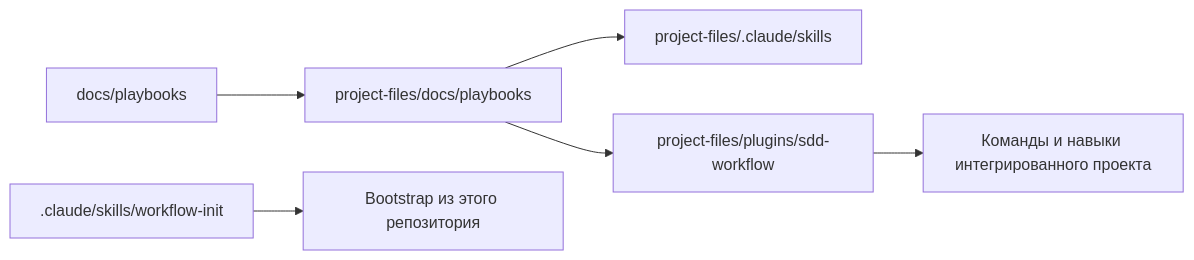
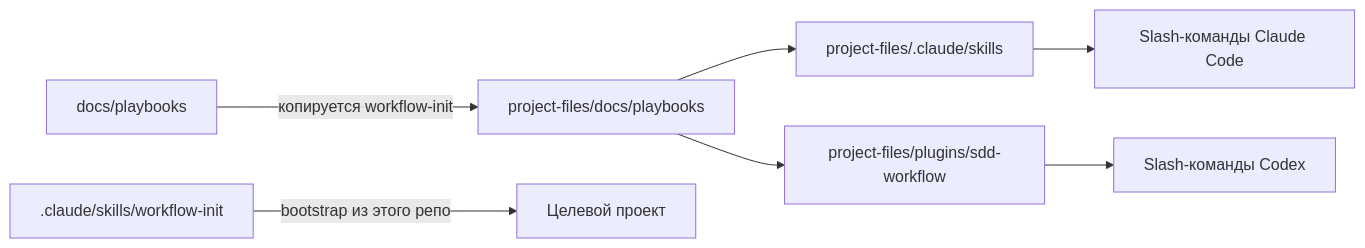
Before and after one commit to avatarsik6699/sdd-workflow: the diagram in docs/architecture.ru.md, drawn with Mermaid. The commit also changed other lines of this file and 9 other files, not shown here.

First line of the commit message:
docs: update README, architecture, quickstart, and skills catalog for impl-brief/impl-assist/project-sync (#20)

````diff
--- a/docs/architecture.ru.md
+++ b/docs/architecture.ru.md
@@ -3,8 +31,9 @@
 ```mermaid
 flowchart LR
-  A[docs/playbooks] --> B[project-files/docs/playbooks]
+  A[docs/playbooks] -->|копируется workflow-init| B[project-files/docs/playbooks]
   B --> C[project-files/.claude/skills]
   B --> D[project-files/plugins/sdd-workflow]
-  E[.claude/skills/workflow-init] --> F[Bootstrap из этого репозитория]
-  D --> G[Команды и навыки интегрированного проекта]
+  E[.claude/skills/workflow-init] -->|bootstrap из этого репо| F[Целевой проект]
+  C --> G[Slash-команды Claude Code]
+  D --> H[Slash-команды Codex]
 ```
````
